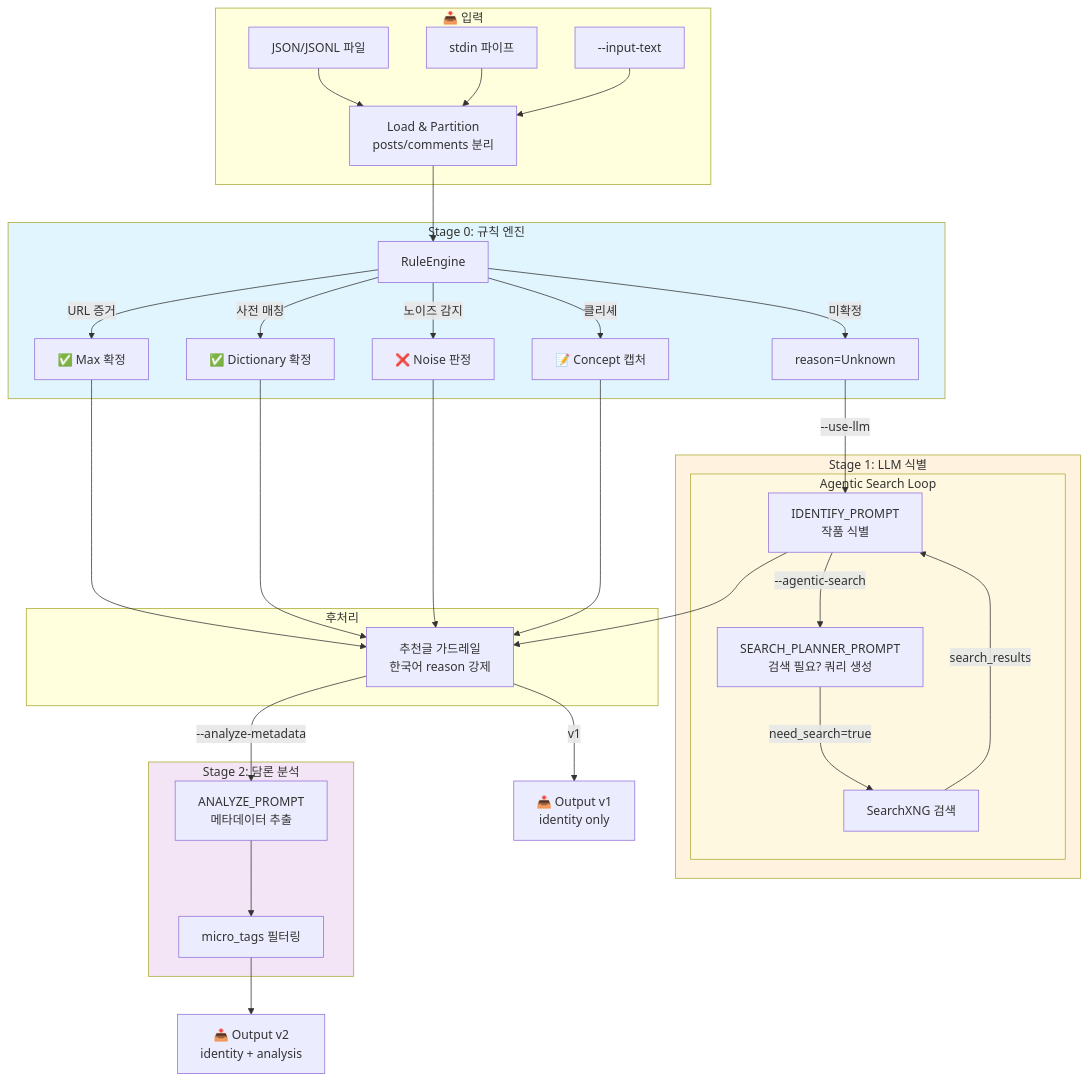
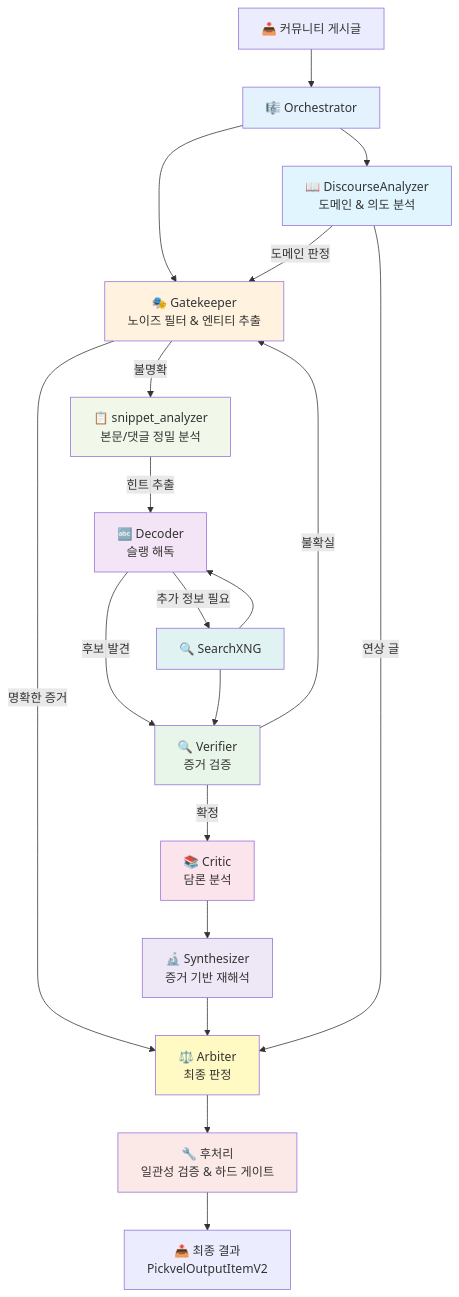
One commit to hostkimjang/llm_novel_dc_coommunity_parser changed the first of 2 diagrams in README.md. Above: the diagram before and after it, drawn with Mermaid. The commit also changed other lines of this file, not shown here.

````diff
--- a/README.md
+++ b/README.md
@@ -172,57 +153,43 @@
 ```mermaid
-flowchart TD
-  subgraph INPUT["📥 입력"]
-    I1[JSON/JSONL 파일] --> Parse
-    I2[stdin 파이프] --> Parse
-    I3[--input-text] --> Parse
-  end
-  
-  Parse[Load & Partition<br/>posts/comments 분리] --> Rules
-
-  subgraph STAGE0["Stage 0: 규칙 엔진"]
-    Rules[RuleEngine]
-    Rules --> |URL 증거| E1[✅ Max 확정]
-    Rules --> |사전 매칭| E2[✅ Dictionary 확정]
-    Rules --> |노이즈 감지| E3[❌ Noise 판정]
-    Rules --> |클리셰| E4[📝 Concept 캡처]
-    Rules --> |미확정| Unknown[reason=Unknown]
-  end
-
-  E1 & E2 & E3 & E4 --> PostProcess
-  
-  Unknown --> |--use-llm| LLM1
-
-  subgraph STAGE1["Stage 1: LLM 식별"]
-    LLM1[IDENTIFY_PROMPT<br/>작품 식별]
+graph TB
+    Input[📥 커뮤니티 게시글] --> Orchestrator[🎼 Orchestrator]
     
-    subgraph SEARCH["Agentic Search Loop"]
-      Planner[SEARCH_PLANNER_PROMPT<br/>검색 필요? 쿼리 생성]
-      MCP[SearchXNG 검색]
-      Planner --> |need_search=true| MCP
-      MCP --> |search_results| LLM1
-    end
+    Orchestrator --> GK[🎭 Gatekeeper<br/>노이즈 필터 & 엔티티 추출]
+    Orchestrator --> DA[📖 DiscourseAnalyzer<br/>도메인 & 의도 분석]
     
-    LLM1 --> |--agentic-search| Planner
-  end
-
-  LLM1 --> PostProcess
-
-  subgraph POSTPROCESS["후처리"]
-    PostProcess[추천글 가드레일<br/>한국어 reason 강제]
-  end
-
-  PostProcess --> |--analyze-metadata| LLM2
-
-  subgraph STAGE2["Stage 2: 담론 분석"]
-    LLM2[ANALYZE_PROMPT<br/>메타데이터 추출]
-    LLM2 --> Tags[micro_tags 필터링]
-  end
-
-  PostProcess --> |v1| OutV1[📤 Output v1<br/>identity only]
-  Tags --> OutV2[📤 Output v2<br/>identity + analysis]
-
-  style STAGE0 fill:#e1f5fe
-  style STAGE1 fill:#fff3e0
-  style STAGE2 fill:#f3e5f5
-  style SEARCH fill:#fff8e1
+    DA -->|도메인 판정| GK
+    DA -->|연상 글| Arbiter[⚖️ Arbiter<br/>최종 판정]
+    
+    GK -->|명확한 증거| Arbiter
+    GK -->|불명확| SA[📋 snippet_analyzer<br/>본문/댓글 정밀 분석]
+    
+    SA -->|힌트 추출| Decoder[🔤 Decoder<br/>슬랭 해독]
+    
+    Decoder -->|후보 발견| Verifier[🔍 Verifier<br/>증거 검증]
+    Decoder -->|추가 정보 필요| Search[🔍 SearchXNG]
+    
+    Search --> Decoder
+    Search --> Verifier
+    
+    Verifier -->|확정| Critic[📚 Critic<br/>담론 분석]
+    Verifier -->|불확실| GK
+    
+    Critic --> Synthesizer[🔬 Synthesizer<br/>증거 기반 재해석]
+    
+    Synthesizer --> Arbiter
+    
+    Arbiter --> PostProc[🔧 후처리<br/>일관성 검증 & 하드 게이트]
+    PostProc --> Output[📤 최종 결과<br/>PickvelOutputItemV2]
+    
+    style Orchestrator fill:#e3f2fd
+    style GK fill:#fff3e0
+    style DA fill:#e1f5fe
+    style SA fill:#f1f8e9
+    style Decoder fill:#f3e5f5
+    style Verifier fill:#e8f5e9
+    style Critic fill:#fce4ec
+    style Synthesizer fill:#ede7f6
+    style Arbiter fill:#fff9c4
+    style PostProc fill:#fbe9e7
+    style Search fill:#e0f2f1
 ```
````
